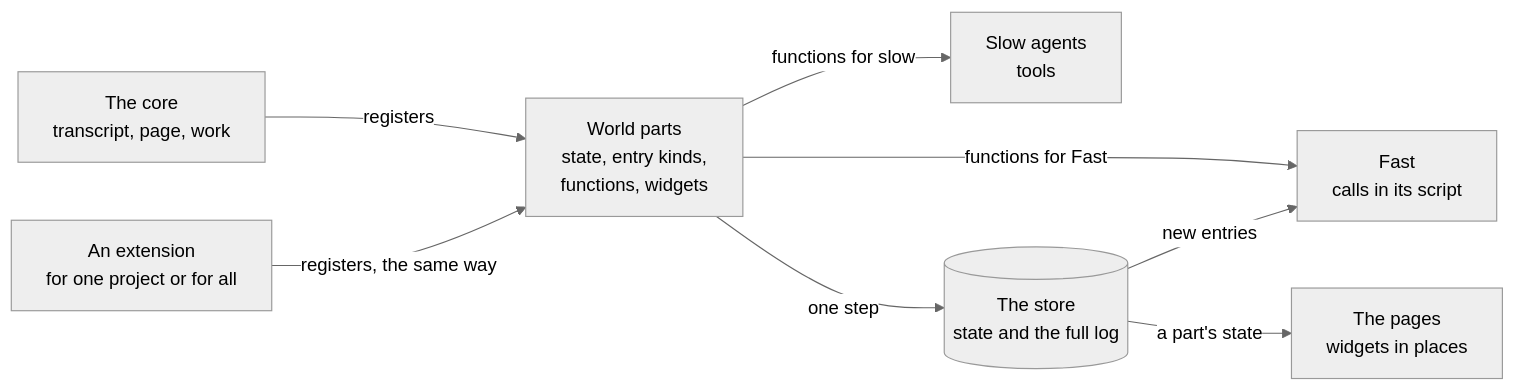
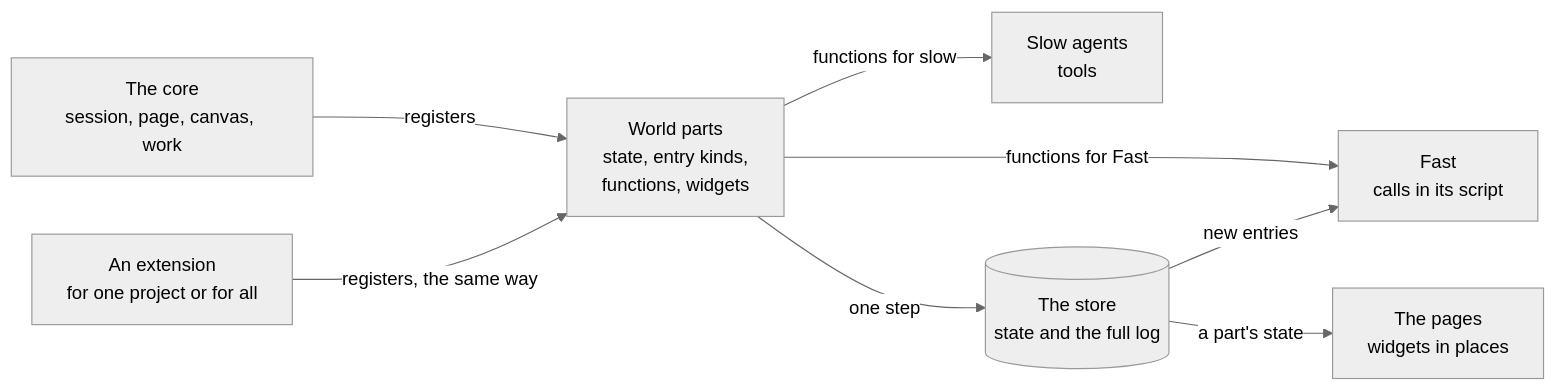
One commit to andrei512/devpage changed the first of 3 diagrams in docs/boxes/viewer/live-session/agents/world/extending/README.md. Above: the diagram before and after it, drawn with Mermaid (neutral theme). The commit also changed other lines of this file and 4 other files, not shown here.

````diff
--- a/docs/boxes/viewer/live-session/agents/world/extending/README.md
+++ b/docs/boxes/viewer/live-session/agents/world/extending/README.md
@@ -14,17 +10,17 @@
 ```mermaid
 flowchart LR
-  core["The core<br/>transcript, page, work"] -->|"registers"| parts
+  core["The core<br/>session, page, canvas, work"] -->|"registers"| parts
   ext["An extension<br/>for one project or for all"] -->|"registers, the same way"| parts
   parts["World parts<br/>state, entry kinds,<br/>functions, widgets"]
   parts -->|"functions for Fast"| fast["Fast<br/>calls in its script"]
   parts -->|"functions for slow"| slow["Slow agents<br/>tools"]
   parts -->|"one step"| store[("The store<br/>state and the full log")]
   store -->|"a part's state"| page["The pages<br/>widgets in places"]
   store -->|"new entries"| fast
   click parts href "#a-world-part" "A world part"
   click fast href "#who-may-call-a-function" "Who may call a function"
   click slow href "#who-may-call-a-function" "Who may call a function"
   click store href "#the-store" "The store"
   click page href "#widgets-and-state-on-the-page" "Widgets and state on the page"
   click ext href "#where-an-extension-is-enabled" "Where an extension is enabled"
 ```
````
